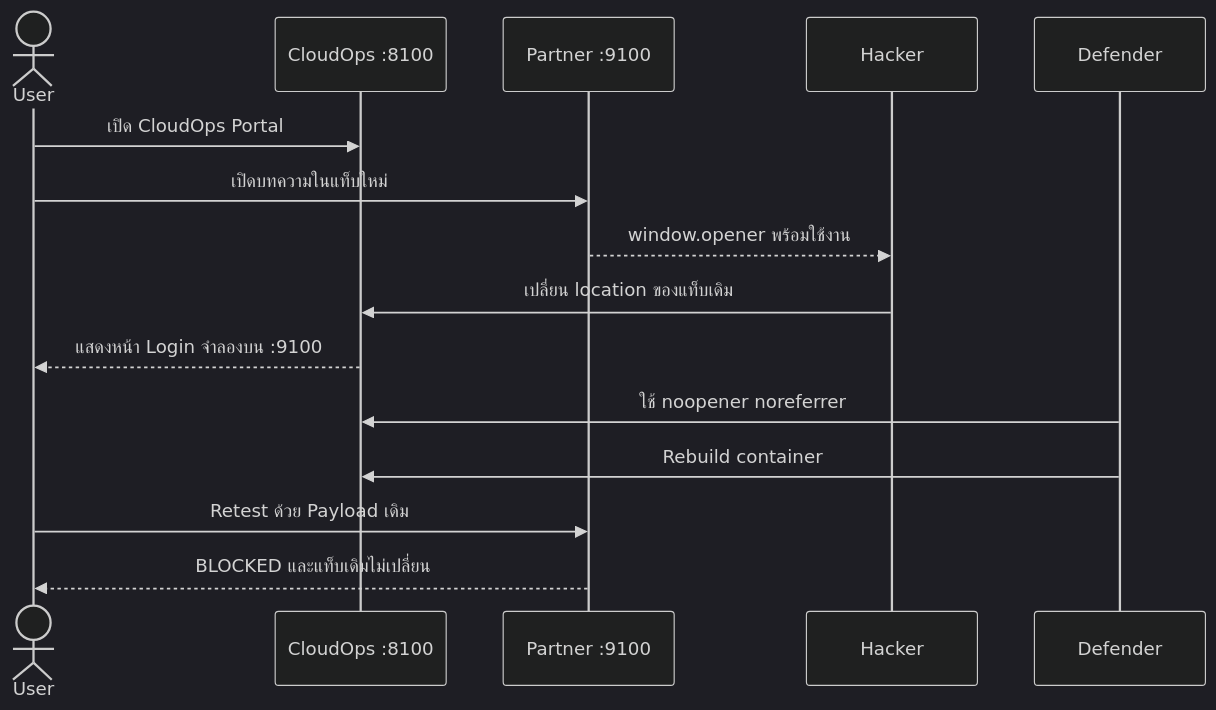
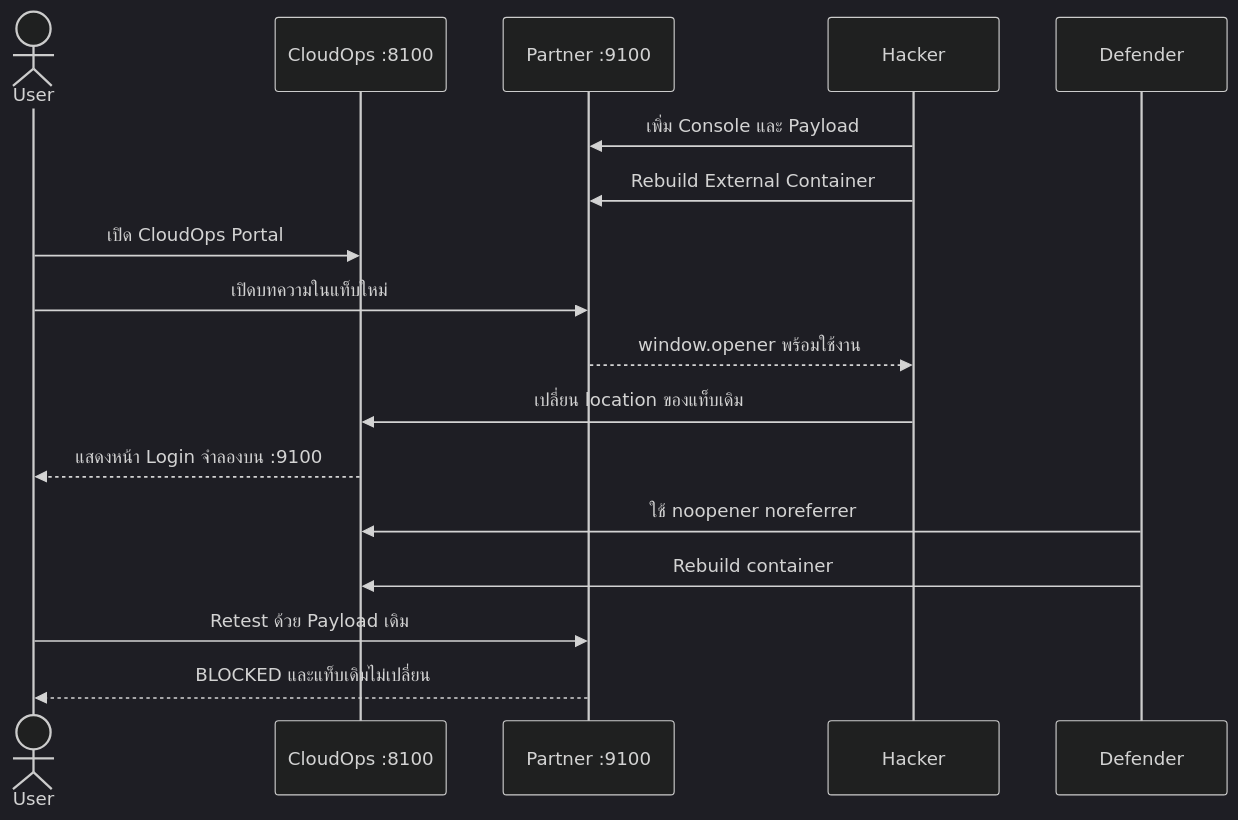
The diagram in 01.1-reverse-tabnabbing-podman/README.md (KOPE-SOLUTION/cybersecurity-attack-understand-defend), drawn with Mermaid (dark theme) before and after one commit. The commit also changed other lines of this file and 4 other files, not shown here.

Commit message:
feat(ep01.1): add hands-on hacker payload workflow

````diff
--- a/01.1-reverse-tabnabbing-podman/README.md
+++ b/01.1-reverse-tabnabbing-podman/README.md
@@ -25,18 +25,20 @@
 ```mermaid
 sequenceDiagram
     actor User
     participant Trusted as CloudOps :8100
     participant External as Partner :9100
     participant Hacker
     participant Defender
 
+    Hacker->>External: เพิ่ม Console และ Payload
+    Hacker->>External: Rebuild External Container
     User->>Trusted: เปิด CloudOps Portal
     User->>External: เปิดบทความในแท็บใหม่
     External-->>Hacker: window.opener พร้อมใช้งาน
     Hacker->>Trusted: เปลี่ยน location ของแท็บเดิม
     Trusted-->>User: แสดงหน้า Login จำลองบน :9100
     Defender->>Trusted: ใช้ noopener noreferrer
     Defender->>Trusted: Rebuild container
     User->>External: Retest ด้วย Payload เดิม
     External-->>User: BLOCKED และแท็บเดิมไม่เปลี่ยน
 ```
````
